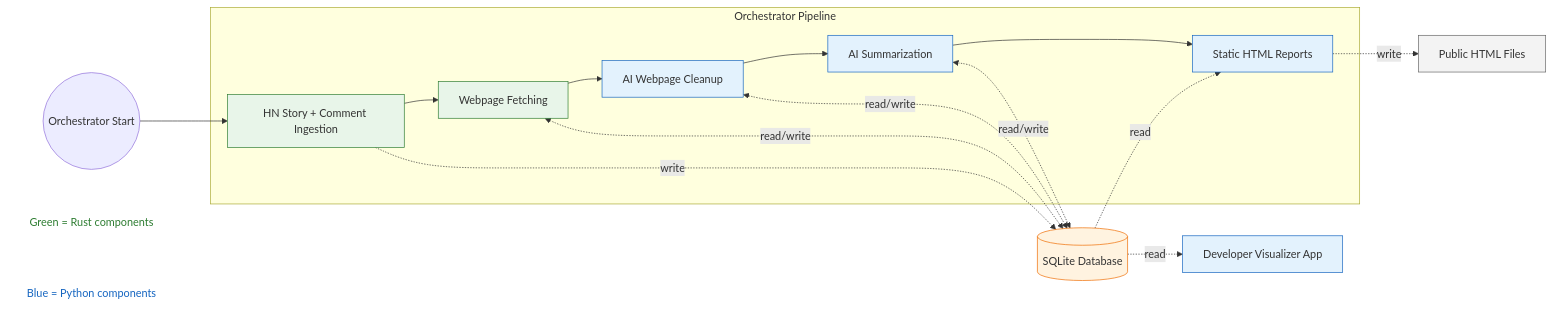
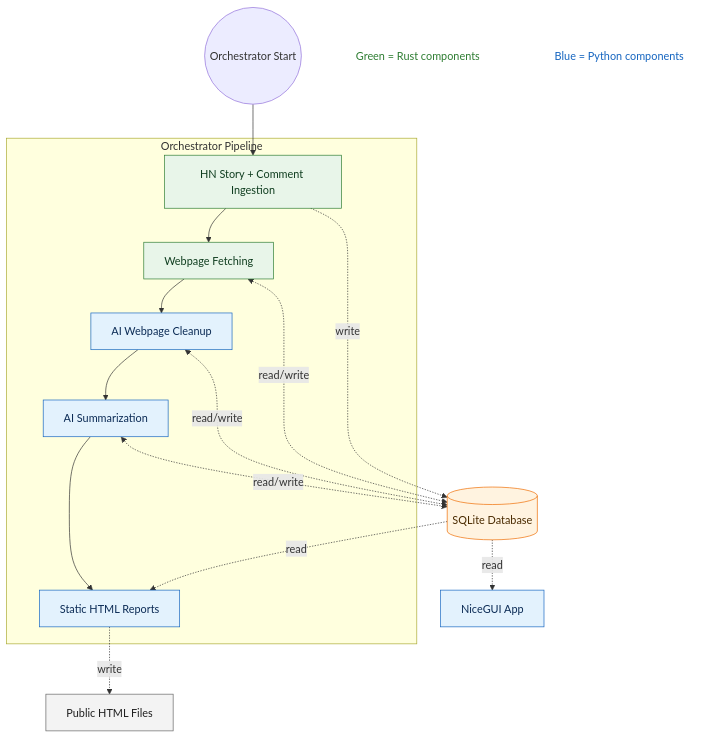
One commit to ceshine/ceshine-hugo changed the first of 2 diagrams in content/post/20260207-hacker-news-reader/index.md. Above: the diagram before and after it, drawn with Mermaid. The commit also changed other lines of this file and 1 other file, not shown here.

Commit message:
Add a cover image; Write "Architecture Overview"; Add a new Mermaid chart

````diff
--- a/content/post/20260207-hacker-news-reader/index.md
+++ b/content/post/20260207-hacker-news-reader/index.md
@@ -34,50 +34,51 @@
 ```mermaid
-flowchart LR
+flowchart TB
   START((Orchestrator Start))
   INGEST[HN Story + Comment Ingestion]
   FETCH[Webpage Fetching]
   PARSE[AI Webpage Cleanup]
   SUMM[AI Summarization]
   REPORT[Static HTML Reports]
   PUBLIC[Public HTML Files]
-  VIS[Developer Visualizer App]
+  VIS[NiceGUI App]
   DB[(SQLite Database)]
 
   subgraph PIPELINE["Orchestrator Pipeline"]
     INGEST
     FETCH
     PARSE
     SUMM
     REPORT
   end
 
   START --> INGEST --> FETCH --> PARSE --> SUMM --> REPORT
 
   PARSE <-. read/write .-> DB
   SUMM <-. read/write .-> DB
   DB -. read .-> REPORT
   FETCH <-. read/write .-> DB
   INGEST -. write .-> DB
   DB -. read .-> VIS
   REPORT -. write .-> PUBLIC
 
 
   RUST_NOTE["Green = Rust components"]:::rust_legend
   PY_NOTE["Blue = Python components"]:::python_legend
 
   class INGEST rust;
   class FETCH rust;
   class PARSE python;
   class SUMM python;
   class REPORT python;
   class VIS python;
   class DB db;
   class PUBLIC frontend;
 
   classDef rust fill:#e8f5e9,stroke:#2e7d32,stroke-width:1px;
-  classDef python fill:#e3f2fd,stroke:#1565c0,stroke-width:1px;
-  classDef db fill:#fff3e0,stroke:#ef6c00,stroke-width:1px;
-  classDef frontend fill:#f3f3f3,stroke:#666,stroke-width:1px;
+  classDef python fill:#e3f2fd,stroke:#1565c0,stroke-width:1px,color:#0b2b55;
+  classDef db fill:#fff3e0,stroke:#ef6c00,stroke-width:1px,color:#4a2b00;
+  classDef frontend fill:#f3f3f3,stroke:#666,stroke-width:1px,color:#1f1f1f;
+  classDef rust fill:#e8f5e9,stroke:#2e7d32,stroke-width:1px,color:#0f3d1f;
   classDef rust_legend fill:transparent,stroke:transparent,color:#2e7d32,stroke-width:0px;
   classDef python_legend fill:transparent,stroke:transparent,color:#1565c0,stroke-width:0px;
 ```
````
